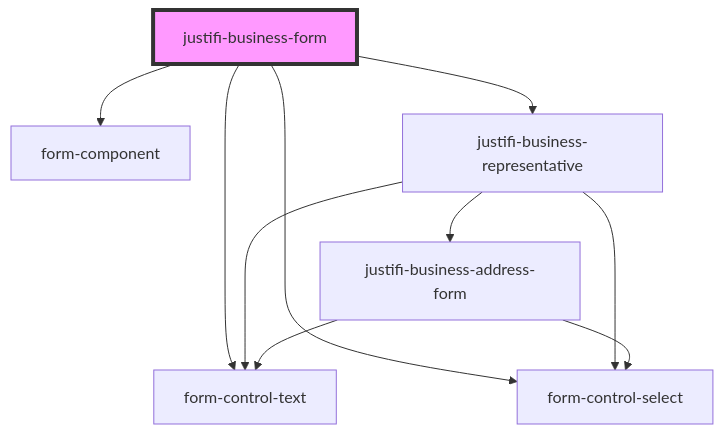
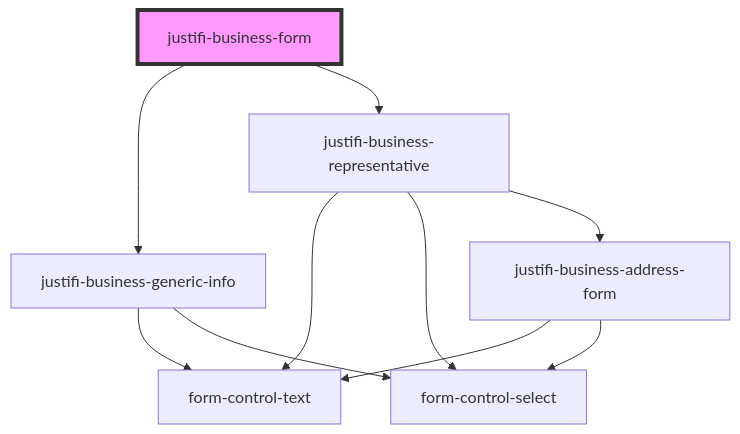
The diagram in stencil-library/src/components/business-form/readme.md (justifi-tech/web-component-library), drawn with Mermaid before and after one commit. The commit also changed other lines of this file and 7 other files, not shown here.

````diff
--- a/stencil-library/src/components/business-form/readme.md
+++ b/stencil-library/src/components/business-form/readme.md
@@ -26,13 +24,13 @@
 ```mermaid
 graph TD;
-  justifi-business-form --> form-component
-  justifi-business-form --> form-control-text
-  justifi-business-form --> form-control-select
+  justifi-business-form --> justifi-business-generic-info
   justifi-business-form --> justifi-business-representative
+  justifi-business-generic-info --> form-control-text
+  justifi-business-generic-info --> form-control-select
   justifi-business-representative --> form-control-text
   justifi-business-representative --> form-control-select
   justifi-business-representative --> justifi-business-address-form
   justifi-business-address-form --> form-control-text
   justifi-business-address-form --> form-control-select
   style justifi-business-form fill:#f9f,stroke:#333,stroke-width:4px
 ```
````
